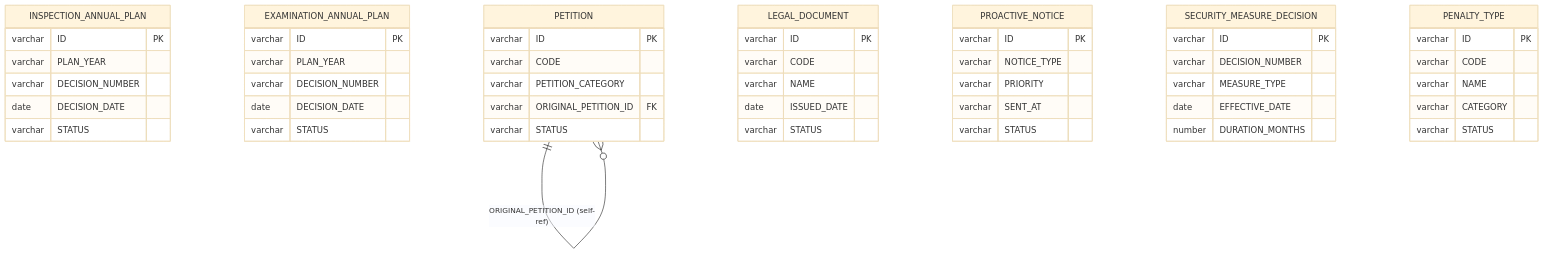
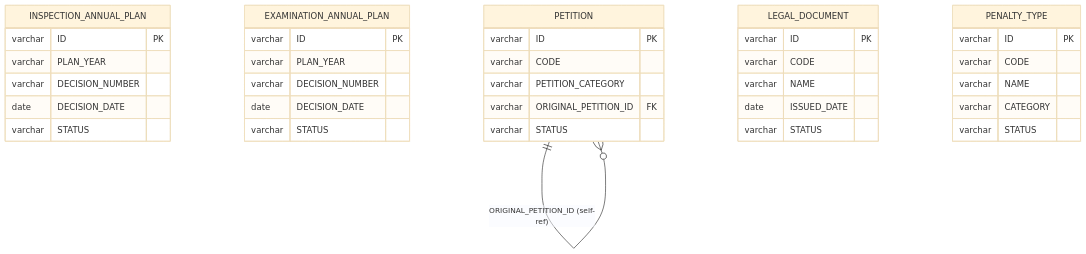
Before and after one commit to linhlvit/ubck_atomic_design: the first of 2 diagrams in DataModel/working/Atomic/hld/THANHTRA_HLD_Tier1.md, drawn with Mermaid (base theme). The commit also changed other lines of this file and 351 other files, not shown here.

````diff
--- a/DataModel/working/Atomic/hld/THANHTRA_HLD_Tier1.md
+++ b/DataModel/working/Atomic/hld/THANHTRA_HLD_Tier1.md
@@ -24,60 +22,44 @@
 ```mermaid
 erDiagram
     INSPECTION_ANNUAL_PLAN {
         varchar ID PK
         varchar PLAN_YEAR
         varchar DECISION_NUMBER
         date DECISION_DATE
         varchar STATUS
     }
 
     EXAMINATION_ANNUAL_PLAN {
         varchar ID PK
         varchar PLAN_YEAR
         varchar DECISION_NUMBER
         date DECISION_DATE
         varchar STATUS
     }
 
     PETITION {
         varchar ID PK
         varchar CODE
         varchar PETITION_CATEGORY
         varchar ORIGINAL_PETITION_ID FK
         varchar STATUS
     }
 
     PETITION ||--o{ PETITION : "ORIGINAL_PETITION_ID (self-ref)"
 
     LEGAL_DOCUMENT {
         varchar ID PK
         varchar CODE
         varchar NAME
         date ISSUED_DATE
         varchar STATUS
     }
 
-    PROACTIVE_NOTICE {
-        varchar ID PK
-        varchar NOTICE_TYPE
-        varchar PRIORITY
-        varchar SENT_AT
-        varchar STATUS
-    }
-
-    SECURITY_MEASURE_DECISION {
-        varchar ID PK
-        varchar DECISION_NUMBER
-        varchar MEASURE_TYPE
-        date EFFECTIVE_DATE
-        number DURATION_MONTHS
-    }
-
     PENALTY_TYPE {
         varchar ID PK
         varchar CODE
         varchar NAME
         varchar CATEGORY
         varchar STATUS
     }
 ```
````
